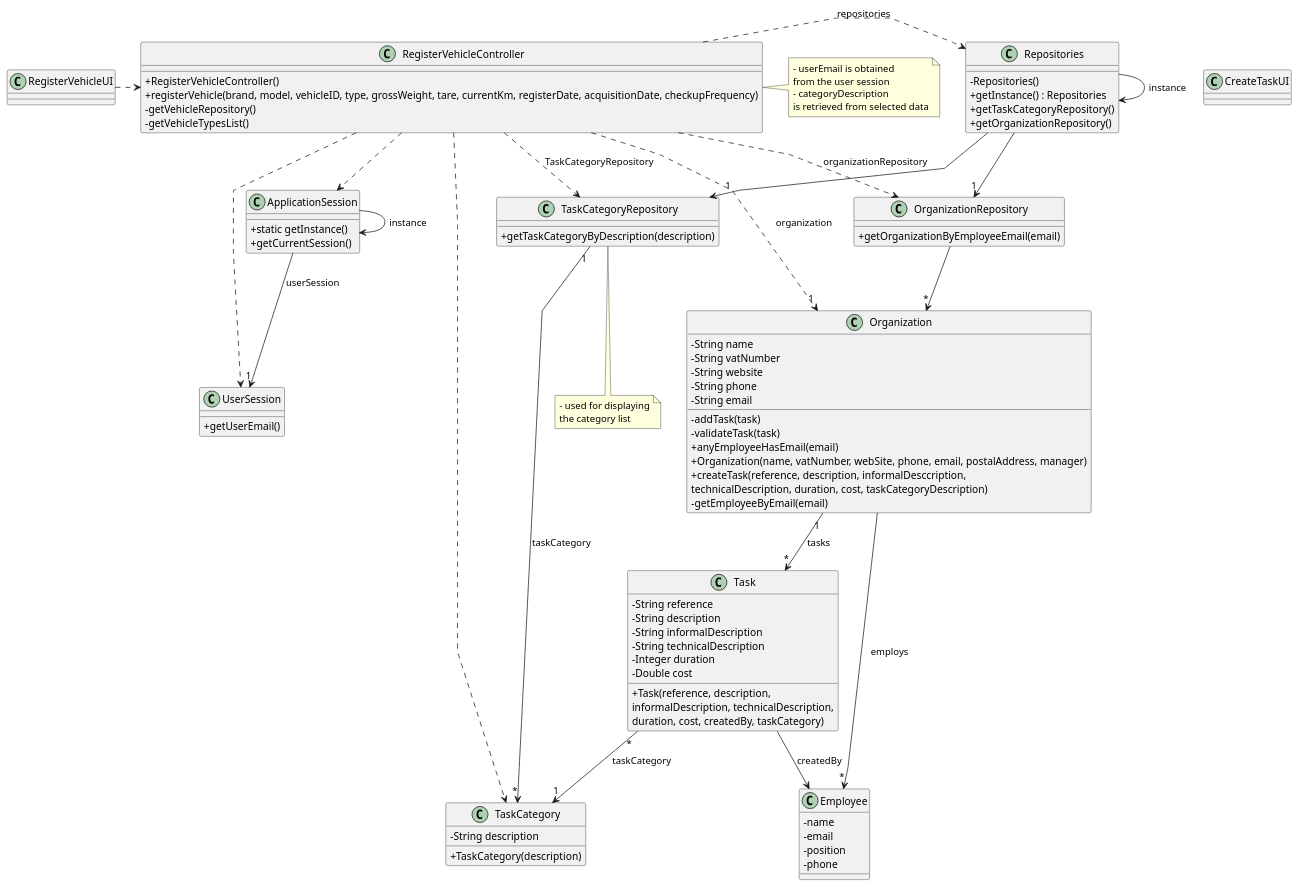
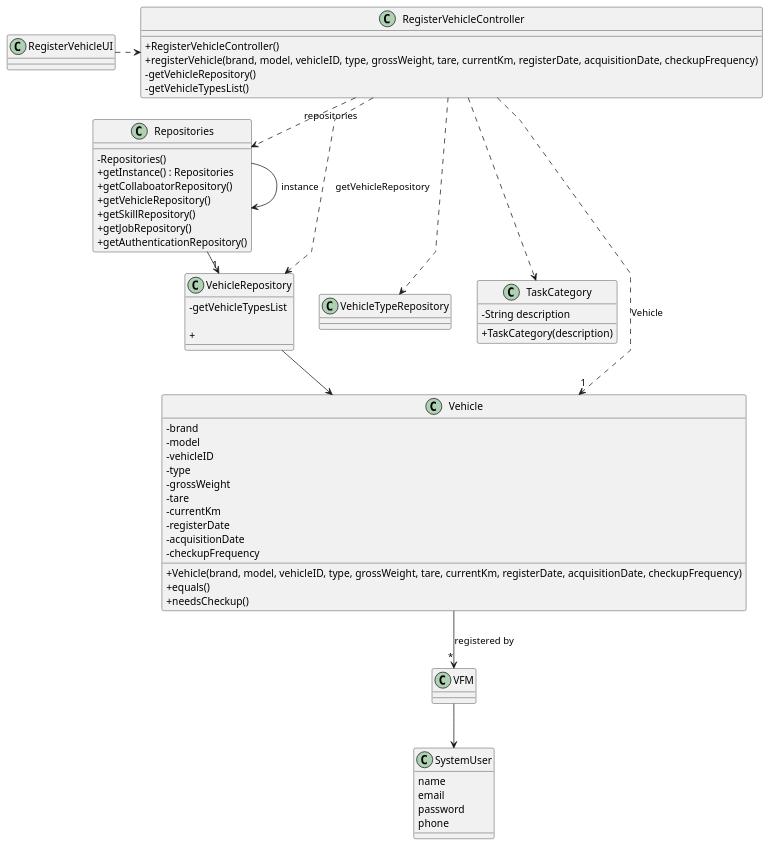
The diagram in Sprint B/docs/SprintB/us006/03.design/puml/us006-class-diagram.puml (Departamento-de-Engenharia-Informatica/lei-24-s2-1df-1de-g063), drawn with PlantUML before and after one commit.

Commit message:
continiuaçao class diagram us06

```diff
--- a/Sprint B/docs/SprintB/us006/03.design/puml/us006-class-diagram.puml
+++ b/Sprint B/docs/SprintB/us006/03.design/puml/us006-class-diagram.puml
@@ -1,129 +1,102 @@
 @startuml
 'skinparam monochrome true
 skinparam packageStyle rectangle
 skinparam shadowing false
 skinparam linetype polyline
 'skinparam linetype orto
 
 skinparam classAttributeIconSize 0
 
 'left to right direction
 
-class ApplicationSession
-{
-    + static getInstance()
-    + getCurrentSession()
+
+
+class VehicleTypeRepository{
 }
 
-class UserSession
-{
-    + getUserEmail()
+class VFM {
 }
 
-class Employee {
-    - name
-    - email
-    - position
-    - phone
-}
-
-class Task {
-    - String reference
-    - String description
-    - String informalDescription
-    - String technicalDescription
-    - Integer duration
-    - Double cost
-
-    + Task(reference, description,\ninformalDescription, technicalDescription,\nduration, cost, createdBy, taskCategory)
+class SystemUser {
+    name
+    email
+    password
+    phone
 }
 
 class TaskCategory {
     - String description
 
     + TaskCategory(description)
 }
 
-class Organization {
-    - String name
-    - String vatNumber
-    - String website
-    - String phone
-    - String email
+class Vehicle {
+    - brand
+    - model
+    - vehicleID
+    - type
+    - grossWeight
+    - tare
+    - currentKm
+    - registerDate
+    - acquisitionDate
+    - checkupFrequency
 
-    - addTask(task)
-    - validateTask(task)
-    + anyEmployeeHasEmail(email)
-    + Organization(name, vatNumber, webSite, phone, email, postalAddress, manager)
-    + createTask(reference, description, informalDesccription,\ntechnicalDescription, duration, cost, taskCategoryDescription)
-    - getEmployeeByEmail(email)
+    + Vehicle(brand, model, vehicleID, type, grossWeight, tare, currentKm, registerDate, acquisitionDate, checkupFrequency)
+    + equals()
+    + needsCheckup()
+
 
 '  +saveTask(task)
 }
 
-class TaskCategoryRepository {
-    + getTaskCategoryByDescription(description)
-}
+class VehicleRepository {
+    -getVehicleTypesList
 
-class OrganizationRepository {
-    + getOrganizationByEmployeeEmail(email)
+    +
 }
 
 class Repositories {
     - Repositories()
     + getInstance() : Repositories
-    + getTaskCategoryRepository()
-    + getOrganizationRepository()
+    + getCollaboatorRepository()
+    + getVehicleRepository()
+    + getSkillRepository()
+    + getJobRepository()
+    + getAuthenticationRepository()
+
 }
 
 class RegisterVehicleController {
     + RegisterVehicleController()
     + registerVehicle(brand, model, vehicleID, type, grossWeight, tare, currentKm, registerDate, acquisitionDate, checkupFrequency)
     - getVehicleRepository()
     - getVehicleTypesList()
 }
 
-note right of RegisterVehicleController
-    - userEmail is obtained
-    from the user session
-    - categoryDescription
-    is retrieved from selected data
-end note
 
-note bottom of TaskCategoryRepository
-    - used for displaying
-    the category list
-end note
-
-class CreateTaskUI {
-}
 
 Repositories -> Repositories : instance
-ApplicationSession -> ApplicationSession : instance
+
 
 RegisterVehicleUI .> RegisterVehicleController
 
 RegisterVehicleController .> Repositories : repositories
 
-Repositories -> "1" TaskCategoryRepository
+Repositories -> "1" VehicleRepository
 
 RegisterVehicleController ..> TaskCategory
-RegisterVehicleController ..> OrganizationRepository : organizationRepository
-RegisterVehicleController ..> TaskCategoryRepository : TaskCategoryRepository
 
-Repositories --> "1" OrganizationRepository
+RegisterVehicleController ..> VehicleRepository : getVehicleRepository
 
-OrganizationRepository --> "*" Organization
-ApplicationSession --> "1" UserSession : userSession
+RegisterVehicleController..> "1" Vehicle : Vehicle
 
-RegisterVehicleController..> "1" Organization : organization
-RegisterVehicleController ..> ApplicationSession
-RegisterVehicleController ..> UserSession
-Task "*" --> "1" TaskCategory : taskCategory
-TaskCategoryRepository "1" --> "*" TaskCategory : taskCategory
-Organization "1" --> "*" Task : tasks
-Task --> Employee : createdBy
+RegisterVehicleController ..> VehicleTypeRepository
 
-Organization --> "*" Employee : employs
+VehicleRepository --> Vehicle
+
+VFM --> SystemUser
+
+Vehicle --> "*" VFM : registered by
 
 @enduml
```
